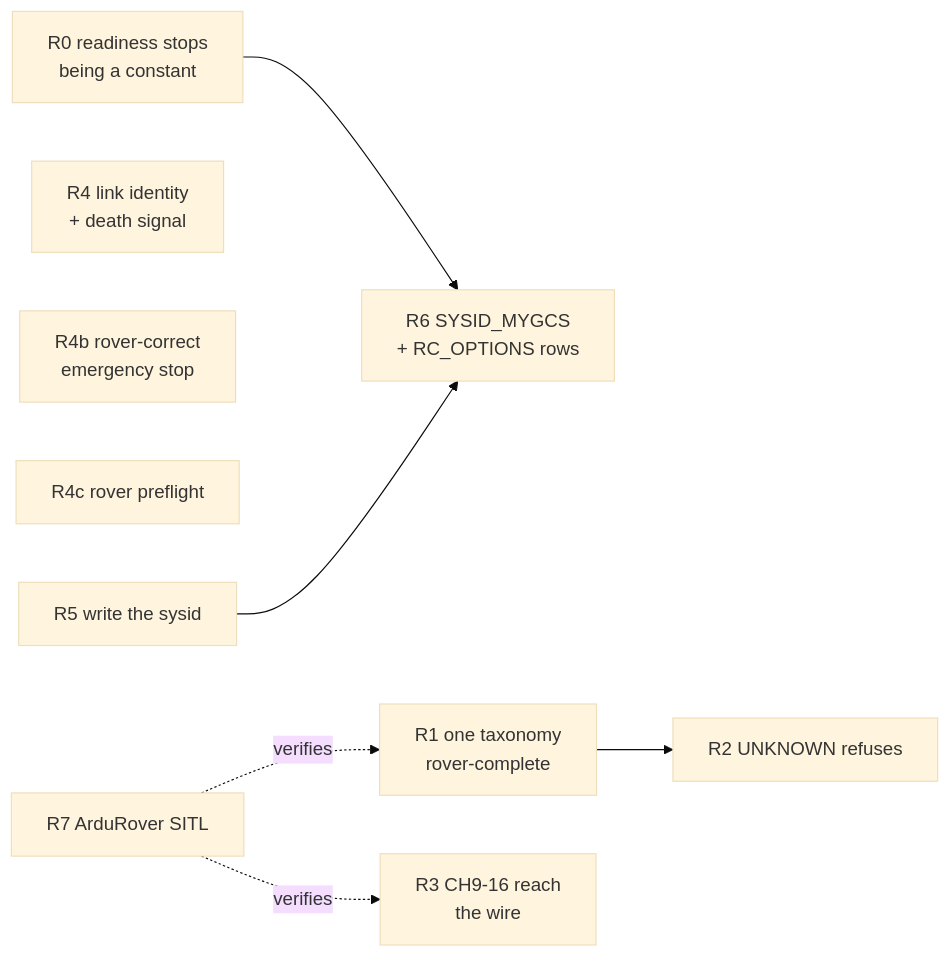
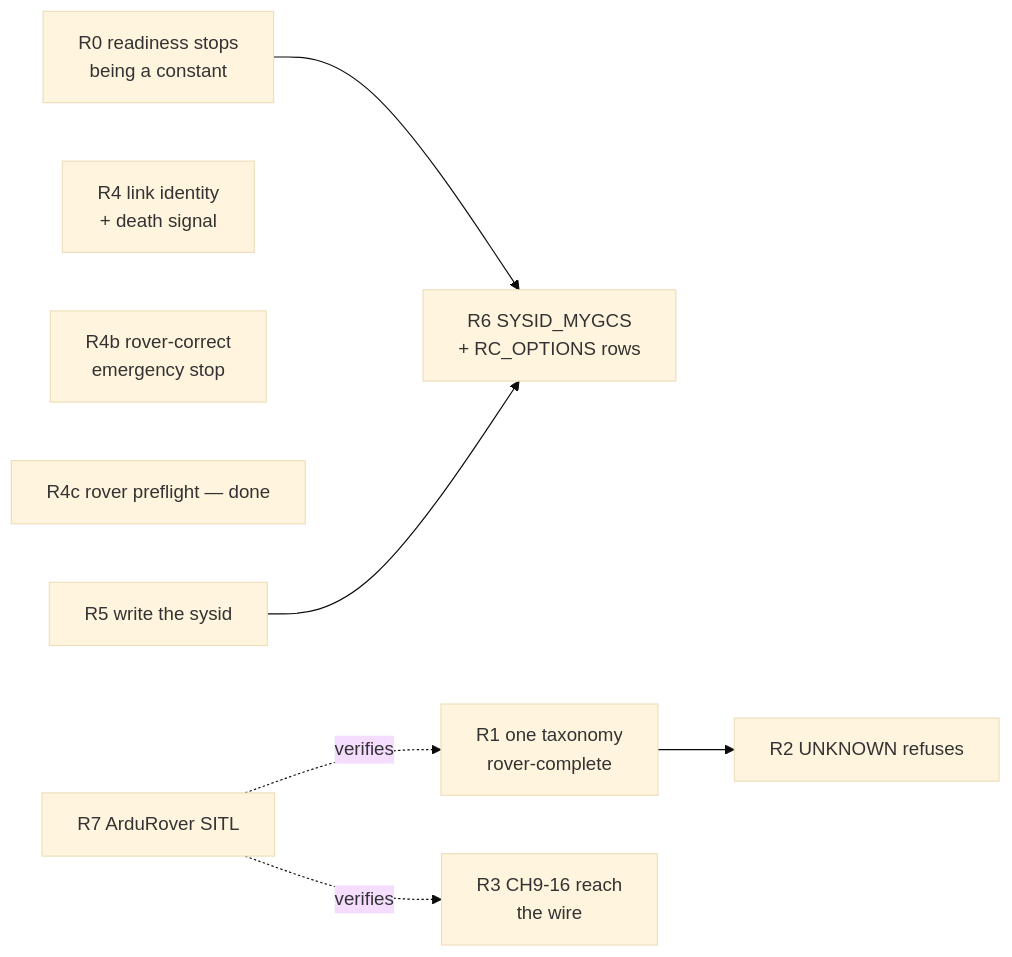
Before and after one commit to VladTetyorko/computer.vision: the second of 2 diagrams in docs/plans/active/FLEET-RADIO-PLAN.md, drawn with Mermaid (base theme). The commit also changed other lines of this file and 5 other files, not shown here.

````diff
--- a/docs/plans/active/FLEET-RADIO-PLAN.md
+++ b/docs/plans/active/FLEET-RADIO-PLAN.md
@@ -304,12 +354,12 @@
 ```mermaid
 flowchart LR
   R0["R0 readiness stops<br/>being a constant"] --> R6["R6 SYSID_MYGCS<br/>+ RC_OPTIONS rows"]
   R1["R1 one taxonomy<br/>rover-complete"] --> R2["R2 UNKNOWN refuses"]
   R3["R3 CH9-16 reach<br/>the wire"]
   R4["R4 link identity<br/>+ death signal"]
   R4b["R4b rover-correct<br/>emergency stop"]
-  R4c["R4c rover preflight"]
+  R4c["R4c rover preflight — done"]
   R5["R5 write the sysid"] --> R6
   R7["R7 ArduRover SITL"] -.verifies.-> R1
   R7 -.verifies.-> R3
 ```
````
